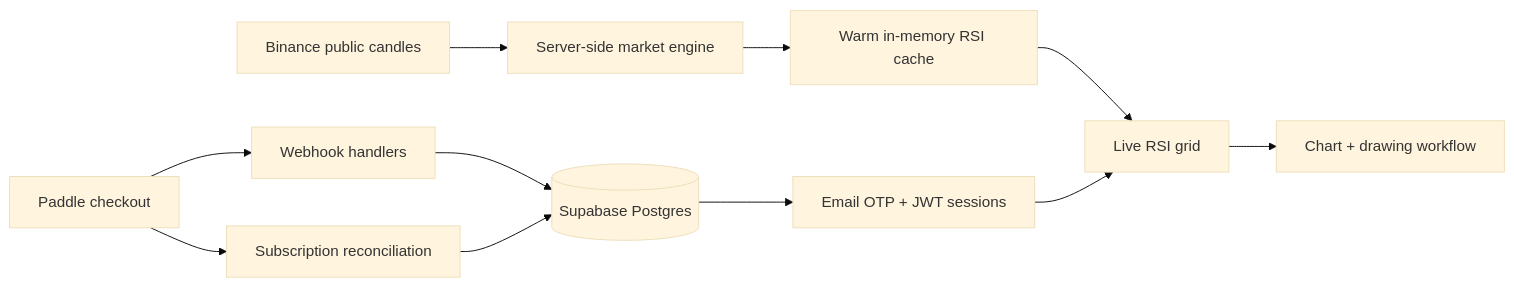
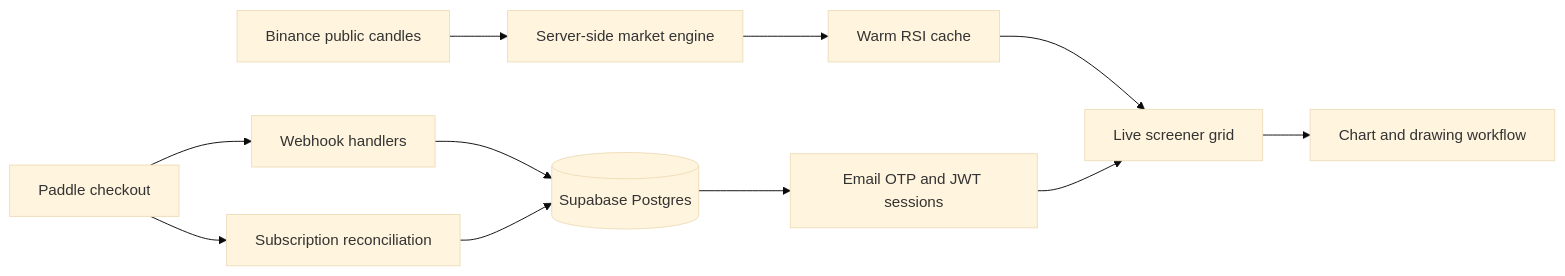
The diagram in README.md (hamad-naeem/rsiscreener), drawn with Mermaid (base theme) before and after one commit. The commit also changed other lines of this file and 15 other files, not shown here.

````diff
--- a/README.md
+++ b/README.md
@@ -46,15 +46,15 @@
 ```mermaid
 flowchart LR
   Binance[Binance public candles] --> Engine[Server-side market engine]
-  Engine --> Cache[Warm in-memory RSI cache]
-  Cache --> Grid[Live RSI grid]
-  Grid --> Chart[Chart + drawing workflow]
+  Engine --> Cache[Warm RSI cache]
+  Cache --> Grid[Live screener grid]
+  Grid --> Chart[Chart and drawing workflow]
 
-  Supabase[(Supabase Postgres)] --> Auth[Email OTP + JWT sessions]
+  Supabase[(Supabase Postgres)] --> Auth[Email OTP and JWT sessions]
   Auth --> Grid
 
   Paddle[Paddle checkout] --> Webhooks[Webhook handlers]
   Webhooks --> Supabase
   Paddle --> Reconcile[Subscription reconciliation]
   Reconcile --> Supabase
 ```
````
